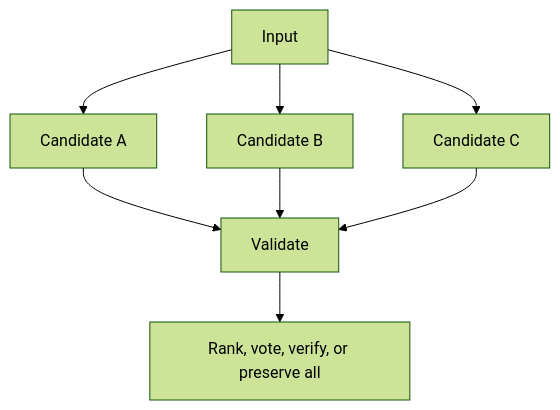
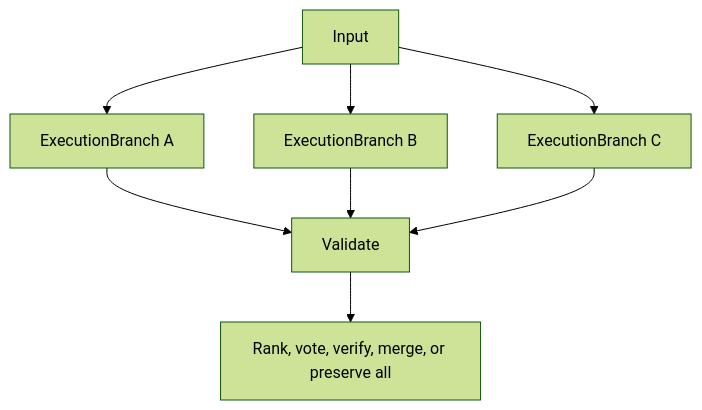
One commit to thaithienvanid/agentic-reference-architecture changed the first of 2 diagrams in patterns/ensemble-and-deliberation.mdx. Above: the diagram before and after it, drawn with Mermaid (forest theme). The commit also changed other lines of this file, not shown here.

````diff
--- a/patterns/ensemble-and-deliberation.mdx
+++ b/patterns/ensemble-and-deliberation.mdx
@@ -26,10 +26,10 @@
 ```mermaid
 flowchart TB
-    Input --> A["Candidate A"]
-    Input --> B["Candidate B"]
-    Input --> C["Candidate C"]
+    Input --> A["ExecutionBranch A"]
+    Input --> B["ExecutionBranch B"]
+    Input --> C["ExecutionBranch C"]
     A --> Validate
     B --> Validate
     C --> Validate
-    Validate --> Select["Rank, vote, verify, or preserve all"]
+    Validate --> Select["Rank, vote, verify, merge, or preserve all"]
 ```
````
